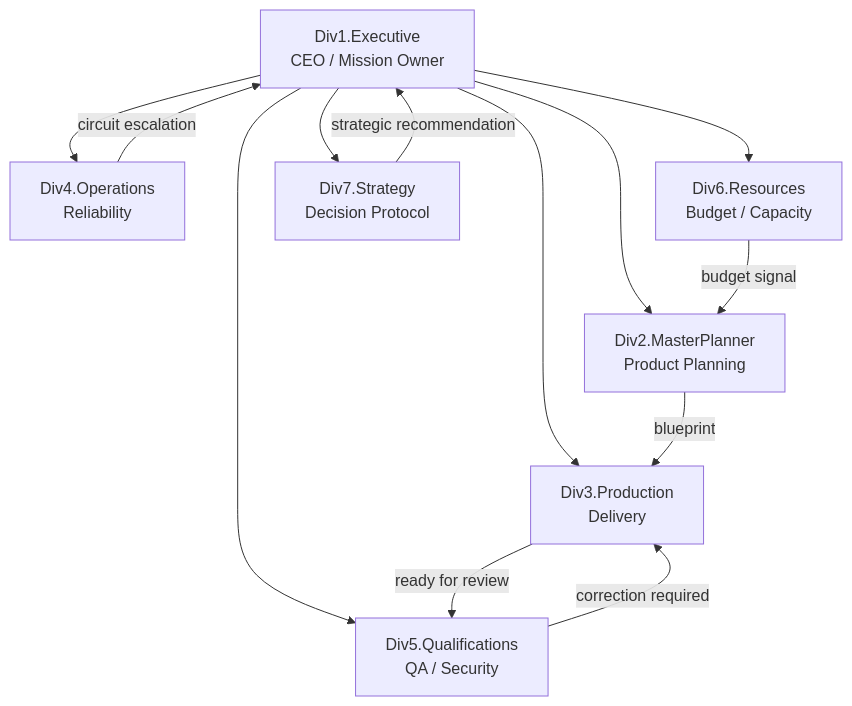
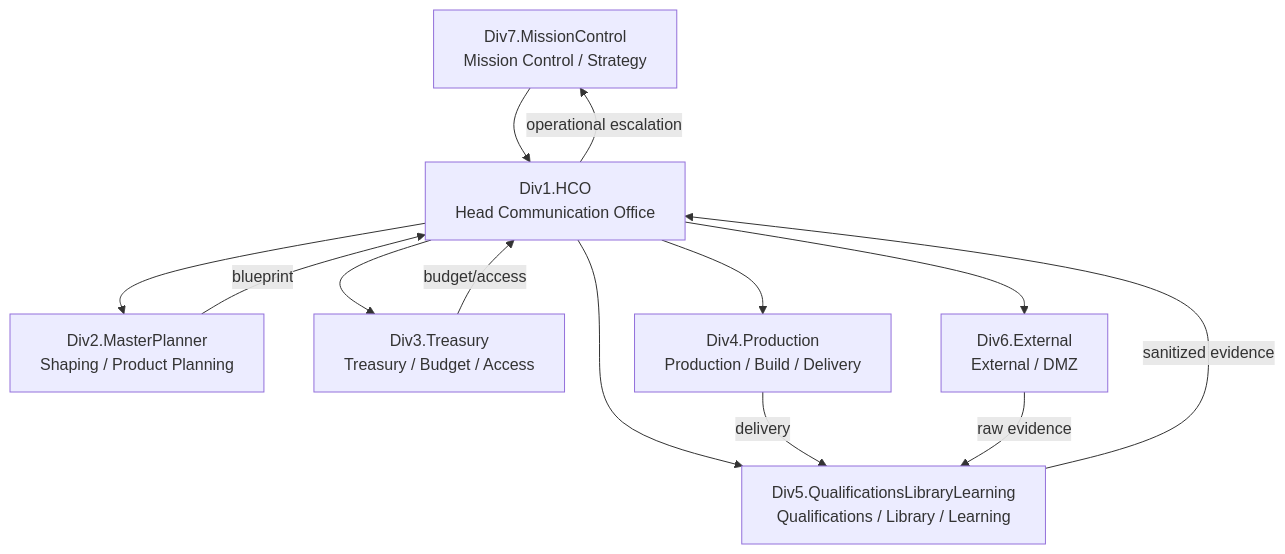
One commit to qazmaster/BOS-paperclip-org changed the diagram in company-template/org-chart.mmd. Above: the diagram before and after it, drawn with Mermaid. The commit also changed 30 other files, not shown here.

````diff
--- a/company-template/org-chart.mmd
+++ b/company-template/org-chart.mmd
@@ -1,31 +1,31 @@
 ```mermaid
 flowchart TD
-  D1[Div1.Executive
-CEO / Mission Owner]
+  D7[Div7.MissionControl
+Mission Control / Strategy]
+  D1[Div1.HCO
+Head Communication Office]
   D2[Div2.MasterPlanner
-Product Planning]
-  D3[Div3.Production
-Delivery]
-  D4[Div4.Operations
-Reliability]
-  D5[Div5.Qualifications
-QA / Security]
-  D6[Div6.Resources
-Budget / Capacity]
-  D7[Div7.Strategy
-Decision Protocol]
+Shaping / Product Planning]
+  D3[Div3.Treasury
+Treasury / Budget / Access]
+  D4[Div4.Production
+Production / Build / Delivery]
+  D5[Div5.QualificationsLibraryLearning
+Qualifications / Library / Learning]
+  D6[Div6.External
+External / DMZ]
 
+  D7 --> D1
   D1 --> D2
   D1 --> D3
   D1 --> D4
   D1 --> D5
   D1 --> D6
-  D1 --> D7
 
-  D2 -->|blueprint| D3
-  D3 -->|ready for review| D5
-  D5 -->|correction required| D3
-  D4 -->|circuit escalation| D1
-  D6 -->|budget signal| D2
-  D7 -->|strategic recommendation| D1
+  D2 -->|blueprint| D1
+  D3 -->|budget/access| D1
+  D4 -->|delivery| D5
+  D5 -->|sanitized evidence| D1
+  D6 -->|raw evidence| D5
+  D1 -->|operational escalation| D7
 ```
````
